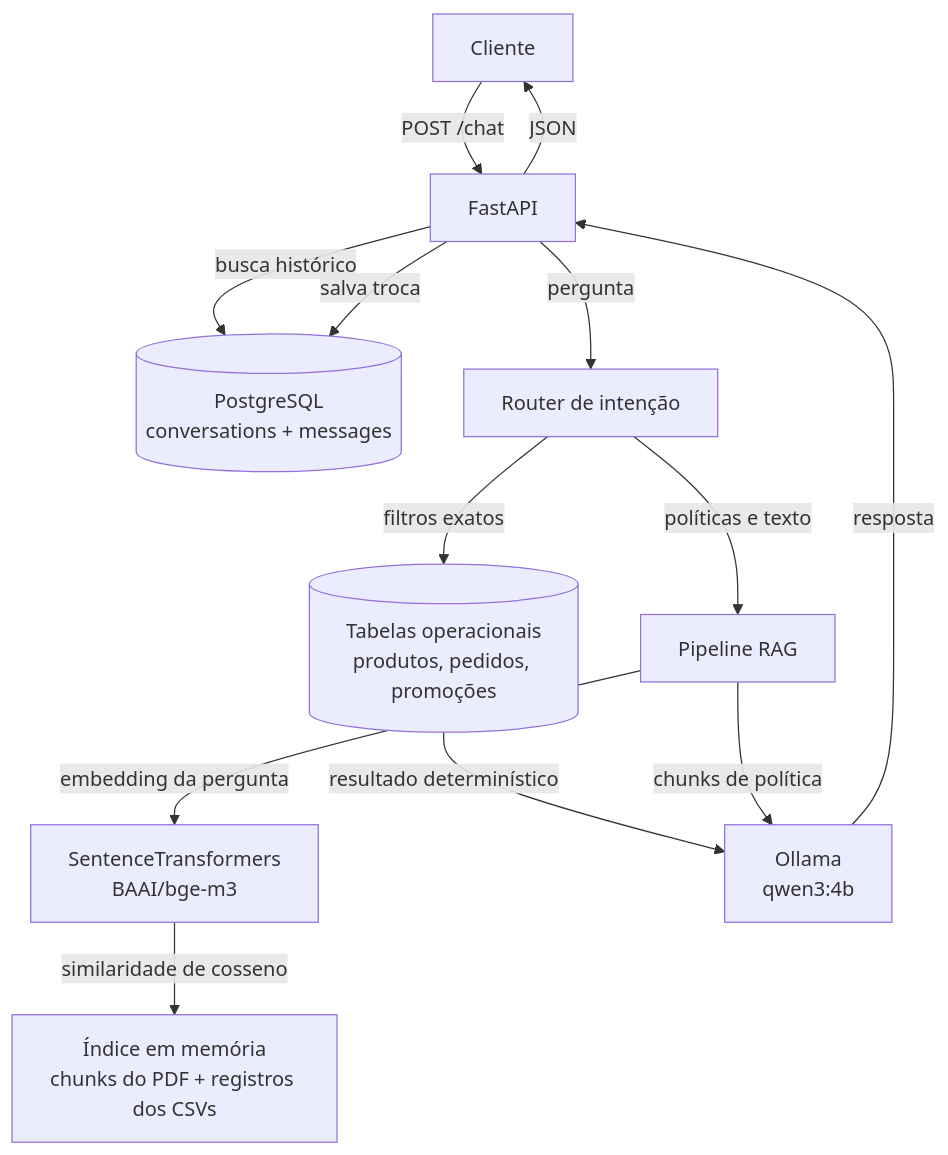
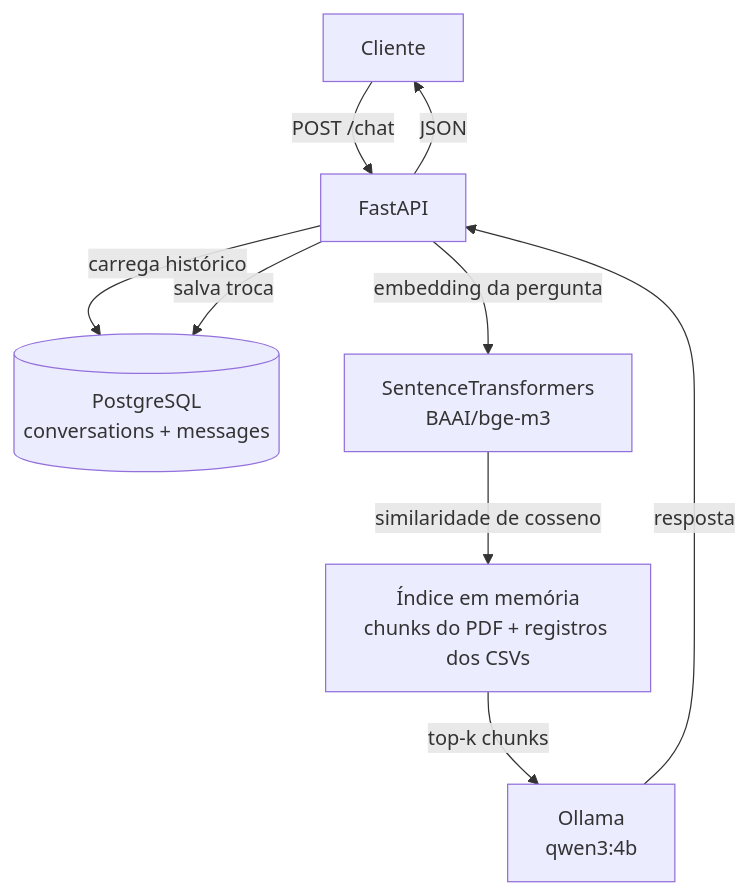
Before and after one commit to jhenrmm/ai-eng-artefact: the diagram in README.md, drawn with Mermaid. The commit also changed other lines of this file, not shown here.

````diff
--- a/README.md
+++ b/README.md
@@ -43,15 +45,11 @@
 ```mermaid
 flowchart TD
     U[Cliente] -->|POST /chat| API[FastAPI]
-    API -->|busca histórico| DB[(PostgreSQL<br/>conversations + messages)]
-    API -->|pergunta| ROUTER[Router de intenção]
-    ROUTER -->|filtros exatos| STORE[(Tabelas operacionais<br/>produtos, pedidos, promoções)]
-    ROUTER -->|políticas e texto| RAG[Pipeline RAG]
-    RAG -->|embedding da pergunta| EMB[SentenceTransformers<br/>BAAI/bge-m3]
+    API -->|carrega histórico| DB[(PostgreSQL<br/>conversations + messages)]
+    API -->|embedding da pergunta| EMB[SentenceTransformers<br/>BAAI/bge-m3]
     EMB -->|similaridade de cosseno| IDX[Índice em memória<br/>chunks do PDF + registros dos CSVs]
-    STORE -->|resultado determinístico| LLM[Ollama<br/>qwen3:4b]
-    RAG -->|chunks de política| LLM
+    IDX -->|top-k chunks| LLM[Ollama<br/>qwen3:4b]
     LLM -->|resposta| API
     API -->|salva troca| DB
     API -->|JSON| U
 ```
````
